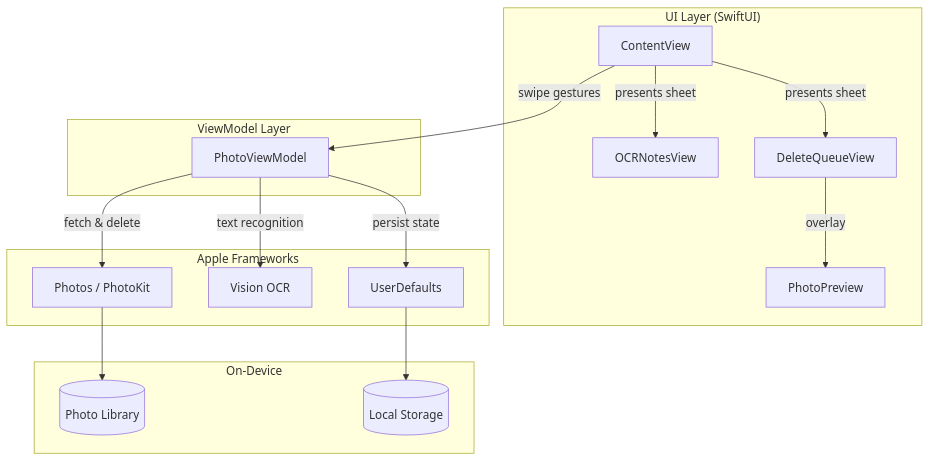
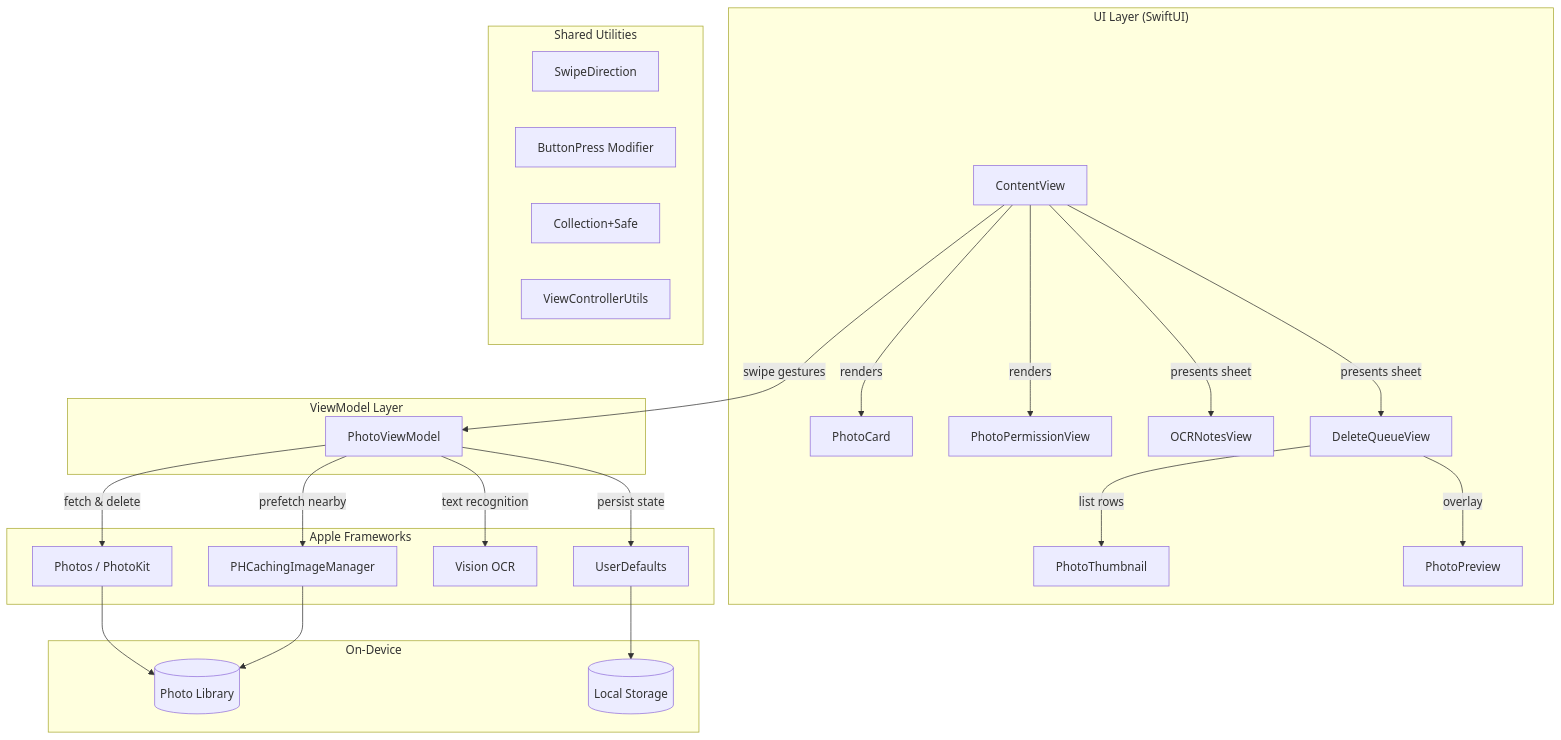
Before and after one commit to Technical-1/All-About-Me: the diagram in public/data/portfolio/PixScan/architecture.md, drawn with Mermaid. The commit also changed other lines of this file and 8 other files, not shown here.

````diff
--- a/public/data/portfolio/PixScan/architecture.md
+++ b/public/data/portfolio/PixScan/architecture.md
@@ -5,36 +5,52 @@
 ```mermaid
 flowchart TD
     subgraph UI["UI Layer (SwiftUI)"]
         CV[ContentView]
+        PC[PhotoCard]
+        PPV[PhotoPermissionView]
         OCR_V[OCRNotesView]
         DQ_V[DeleteQueueView]
+        PT[PhotoThumbnail]
         PP[PhotoPreview]
+    end
+
+    subgraph Shared["Shared Utilities"]
+        SD[SwipeDirection]
+        BP[ButtonPress Modifier]
+        CS[Collection+Safe]
+        VCU[ViewControllerUtils]
     end
 
     subgraph VM["ViewModel Layer"]
         PVM[PhotoViewModel]
     end
 
     subgraph Services["Apple Frameworks"]
         PHLib[Photos / PhotoKit]
+        PHCache[PHCachingImageManager]
         Vision[Vision OCR]
         UD[UserDefaults]
     end
 
     subgraph Device["On-Device"]
         PhotoLib[(Photo Library)]
         Storage[(Local Storage)]
     end
 
     CV -->|swipe gestures| PVM
+    CV -->|renders| PC
+    CV -->|renders| PPV
     CV -->|presents sheet| OCR_V
     CV -->|presents sheet| DQ_V
+    DQ_V -->|list rows| PT
     DQ_V -->|overlay| PP
 
     PVM -->|fetch & delete| PHLib
+    PVM -->|prefetch nearby| PHCache
     PVM -->|text recognition| Vision
     PVM -->|persist state| UD
 
     PHLib --> PhotoLib
+    PHCache --> PhotoLib
     UD --> Storage
 ```
````
